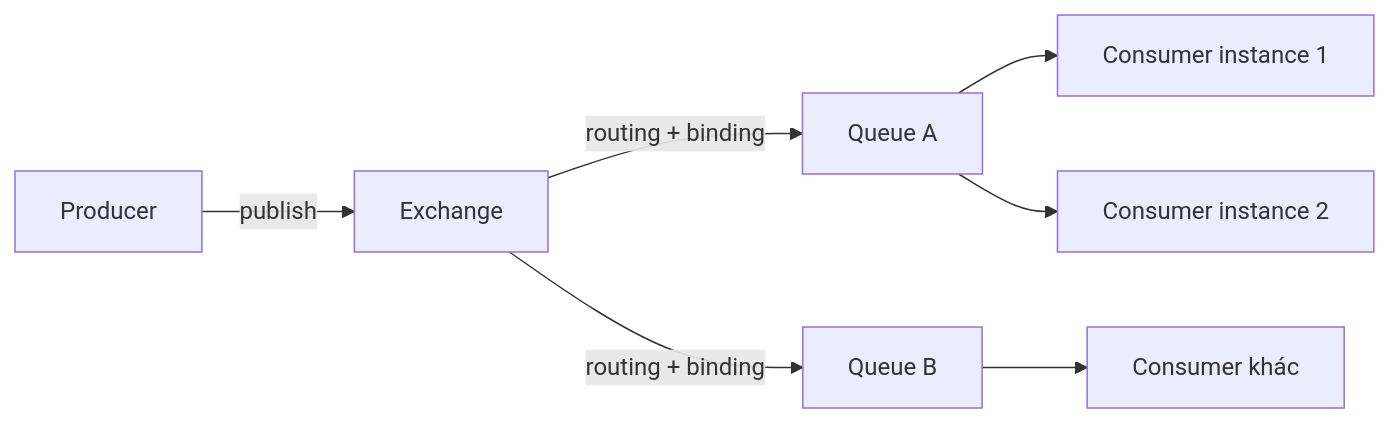
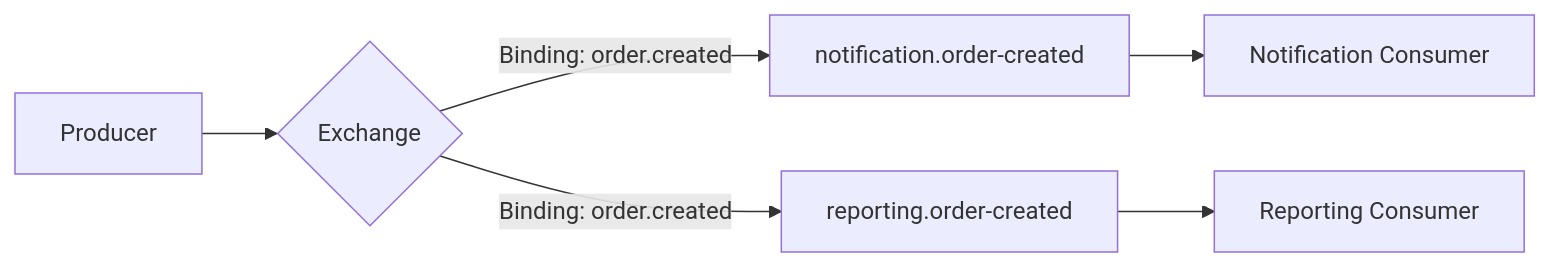
The third of 11 diagrams in src/assets/docs/dotnet-core/rabbitmq-reliable-messaging.md (trungdev26/angular-internals), drawn with Mermaid before and after one commit. The commit also changed other lines of this file and 1 other file, not shown here.

````diff
--- a/src/assets/docs/dotnet-core/rabbitmq-reliable-messaging.md
+++ b/src/assets/docs/dotnet-core/rabbitmq-reliable-messaging.md
@@ -13,9 +98,8 @@
 ```mermaid
 flowchart LR
-    P[Producer] -->|publish| X[Exchange]
-    X -->|routing + binding| Q1[Queue A]
-    X -->|routing + binding| Q2[Queue B]
-    Q1 --> C1[Consumer instance 1]
-    Q1 --> C2[Consumer instance 2]
-    Q2 --> C3[Consumer khác]
+    P[Producer] --> X{Exchange}
+    X -->|Binding: order.created| Q1[notification.order-created]
+    X -->|Binding: order.created| Q2[reporting.order-created]
+    Q1 --> N[Notification Consumer]
+    Q2 --> R[Reporting Consumer]
 ```
````
